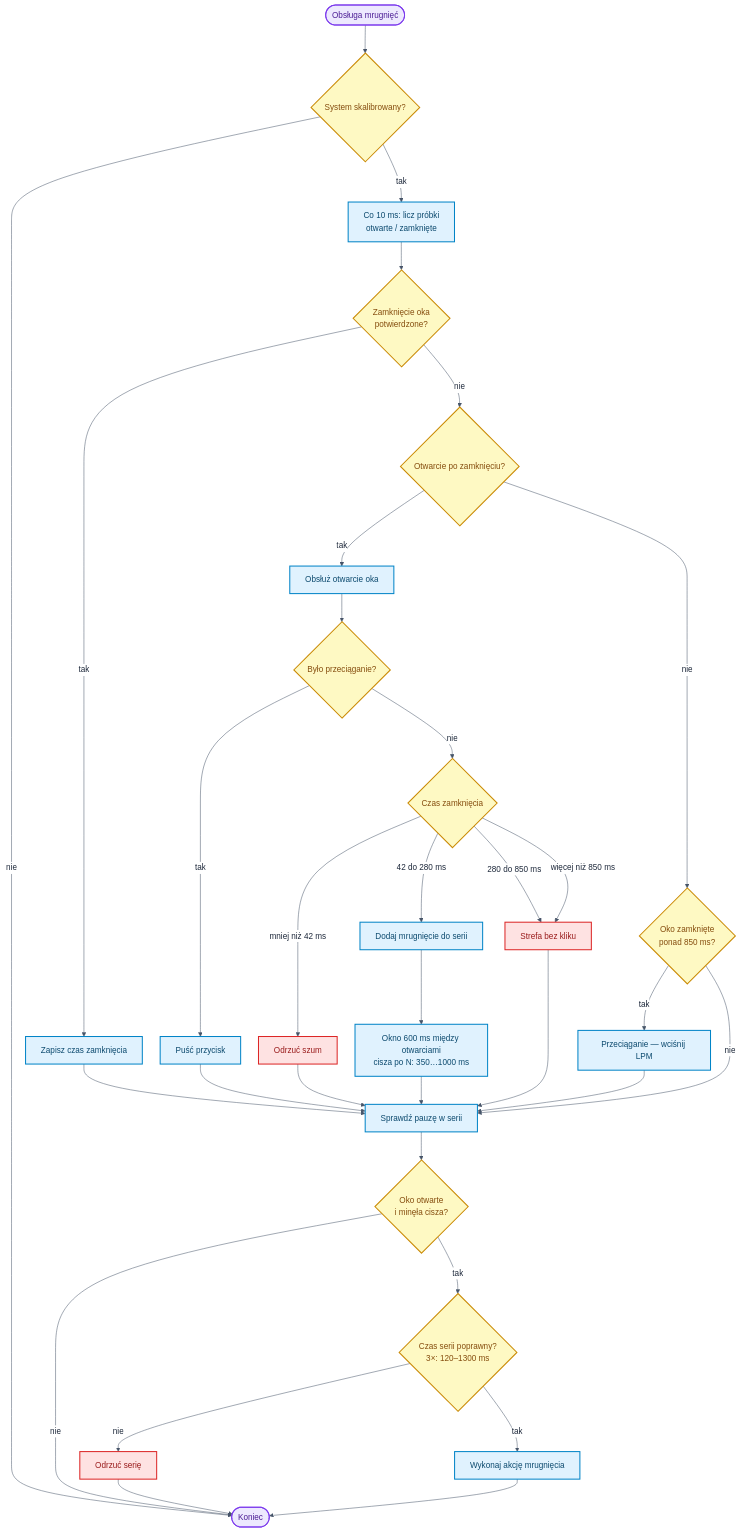
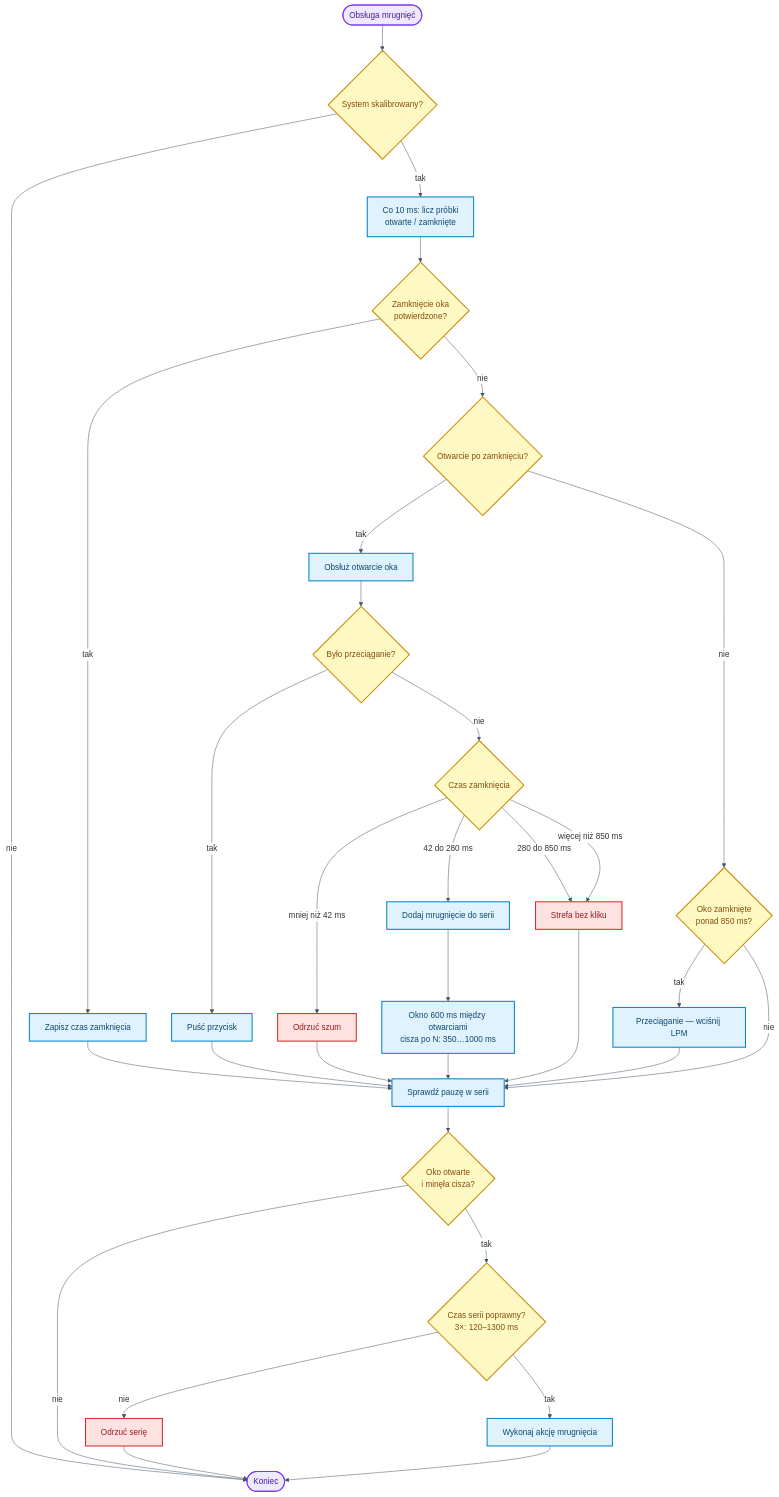
The eighth of 10 diagrams in README.md (bartkadres-ai/HEFAS-4.0), drawn with Mermaid before and after one commit. The commit also changed other lines of this file, not shown here.

````diff
--- a/README.md
+++ b/README.md
@@ -546,50 +548,50 @@
 ```mermaid
-%%{init: {"theme":"base","themeVariables":{"background":"#ffffff","mainBkg":"#ffffff","secondaryColor":"#ffffff","tertiaryColor":"#ffffff","primaryColor":"#ffffff","primaryTextColor":"#1e293b","secondaryTextColor":"#1e293b","tertiaryTextColor":"#1e293b","primaryBorderColor":"#64748b","lineColor":"#475569","clusterBkg":"#f8fafc","clusterBorder":"#cbd5e1","edgeLabelBackground":"#ffffff","textColor":"#1e293b"},"themeCSS":".mermaid,.mermaid svg{background-color:#ffffff!important;padding:8px}.nodeLabel,.edgeLabel,.label,.cluster-label{color:#1e293b!important}.cluster rect{fill:#f8fafc!important;stroke:#cbd5e1!important}","flowchart":{"curve":"basis","nodeSpacing":35,"rankSpacing":55}}}%%
+%%{init: { 'theme': 'default', 'themeVariables': { 'darkMode': false, 'background': '#ffffff', 'mainBkg': '#ffffff', 'primaryColor': '#ffffff', 'secondaryColor': '#ffffff', 'tertiaryColor': '#ffffff', 'primaryTextColor': '#1e293b', 'lineColor': '#475569', 'clusterBkg': '#f8fafc', 'clusterBorder': '#cbd5e1', 'edgeLabelBackground': '#ffffff', 'noteBkgColor': '#f8fafc', 'noteTextColor': '#475569' }}}%%
 flowchart TD
     M0([Obsługa mrugnięć]) --> RDY{System skalibrowany?}
     RDY -->|nie| MX([Koniec])
     RDY -->|tak| CNT["Co 10 ms: licz próbki<br/>otwarte / zamknięte"]
 
     CNT --> C1{Zamknięcie oka<br/>potwierdzone?}
     C1 -->|tak| CS[Zapisz czas zamknięcia]
     C1 -->|nie| C2{Otwarcie po zamknięciu?}
 
     C2 -->|tak| EDGE[Obsłuż otwarcie oka]
     C2 -->|nie| C3{Oko zamknięte<br/>ponad 850 ms?}
     C3 -->|tak| DRG[Przeciąganie — wciśnij LPM]
     C3 -->|nie| TM
 
     EDGE --> E1{Było przeciąganie?}
     E1 -->|tak| DRGOFF[Puść przycisk]
     E1 -->|nie| E2{Czas zamknięcia}
     E2 -->|mniej niż 42 ms| ART[Odrzuć szum]
     E2 -->|42 do 280 ms| REG[Dodaj mrugnięcie do serii]
     E2 -->|280 do 850 ms| STREFA[Strefa bez kliku]
     E2 -->|więcej niż 850 ms| STREFA
 
     REG --> REGD["Okno 600 ms między otwarciami<br/>cisza po N: 350…1000 ms"]
 
     CS --> TM
     DRG --> TM
     DRGOFF --> TM
     ART --> TM
     STREFA --> TM
     REGD --> TM[Sprawdź pauzę w serii]
 
     TM --> T1{Oko otwarte<br/>i minęła cisza?}
     T1 -->|nie| MX
     T1 -->|tak| T2{Czas serii poprawny?<br/>3×: 120–1300 ms}
     T2 -->|nie| DROP[Odrzuć serię]
     T2 -->|tak| ACT[Wykonaj akcję mrugnięcia]
     DROP --> MX
     ACT --> MX
 
     classDef startEnd fill:#ede9fe,stroke:#7c3aed,stroke-width:2px,color:#4c1d95
     classDef process fill:#e0f2fe,stroke:#0284c7,stroke-width:2px,color:#0c4a6e
     classDef decision fill:#fef9c3,stroke:#ca8a04,stroke-width:2px,color:#854d0e
     classDef warn fill:#fee2e2,stroke:#dc2626,stroke-width:2px,color:#991b1b
     class M0,MX startEnd
     class CNT,CS,EDGE,DRG,DRGOFF,REG,REGD,TM,ACT process
     class RDY,C1,C2,C3,E1,E2,T1,T2 decision
     class ART,STREFA,DROP warn
 ```
````
